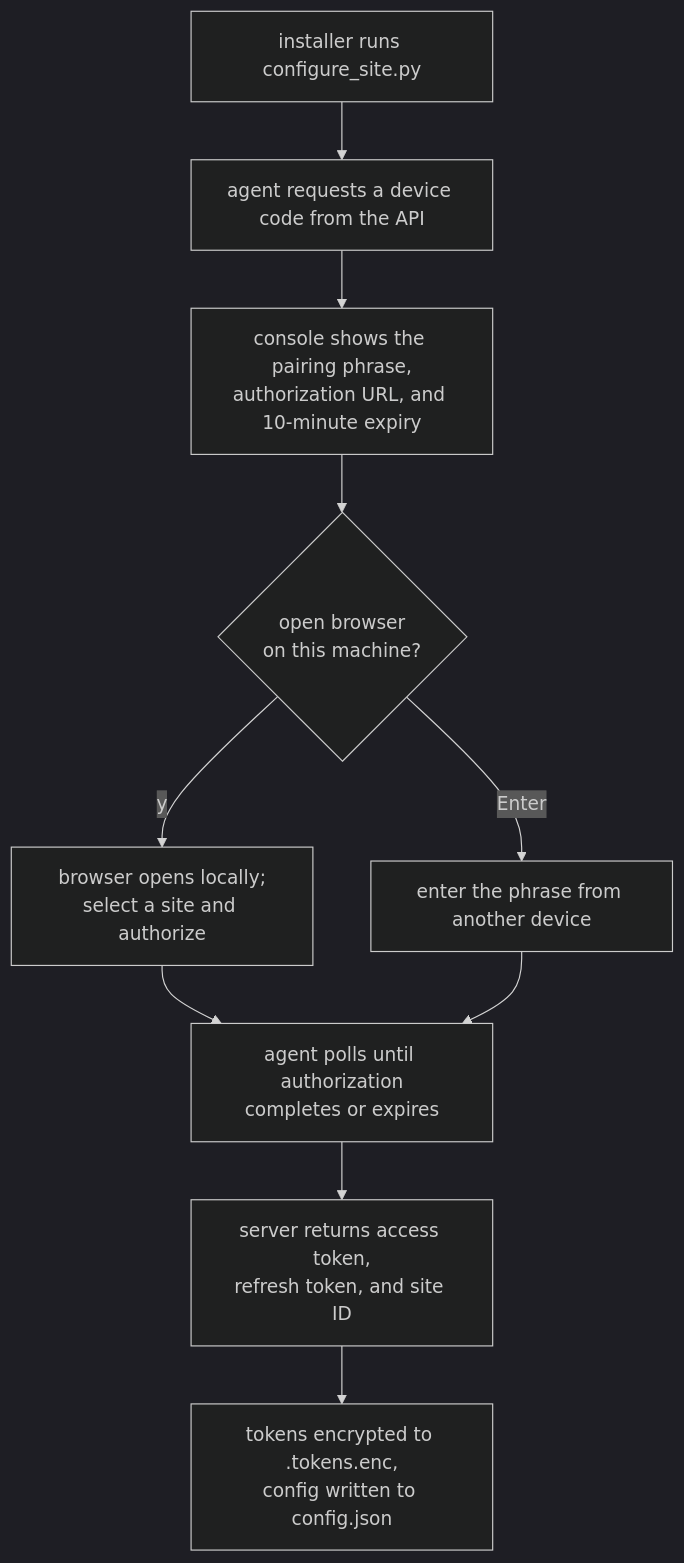
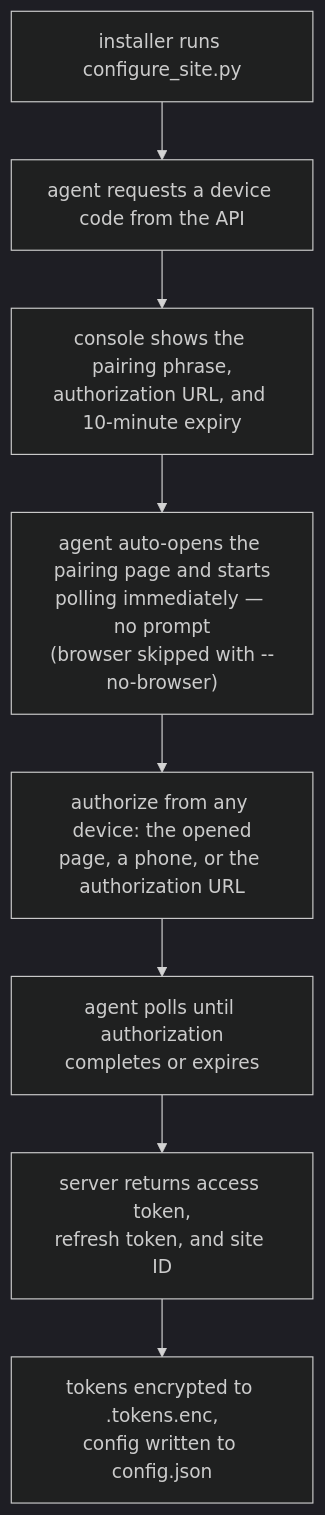
The diagram in web/content/docs/agent/installation.mdx (theexperiential/owlette), drawn with Mermaid (dark theme) before and after one commit. The commit also changed other lines of this file and 22 other files, not shown here.

First line of the commit message:
fix(agent): pairing auto-opens browser + polls immediately; add --no-browser opt-out (2.12.10)

````diff
--- a/web/content/docs/agent/installation.mdx
+++ b/web/content/docs/agent/installation.mdx
@@ -158,12 +158,10 @@
 ```mermaid
 flowchart TD
     A["installer runs configure_site.py"] --> B["agent requests a device code from the API"]
     B --> C["console shows the pairing phrase,<br/>authorization URL, and 10-minute expiry"]
-    C --> D{"open browser<br/>on this machine?"}
-    D -->|y| E["browser opens locally;<br/>select a site and authorize"]
-    D -->|Enter| F["enter the phrase from another device"]
+    C --> D["agent auto-opens the pairing page and starts<br/>polling immediately — no prompt<br/>(browser skipped with --no-browser)"]
+    D --> E["authorize from any device: the opened<br/>page, a phone, or the authorization URL"]
     E --> G["agent polls until authorization<br/>completes or expires"]
-    F --> G
     G --> H["server returns access token,<br/>refresh token, and site ID"]
     H --> I["tokens encrypted to .tokens.enc,<br/>config written to config.json"]
 ```
````
